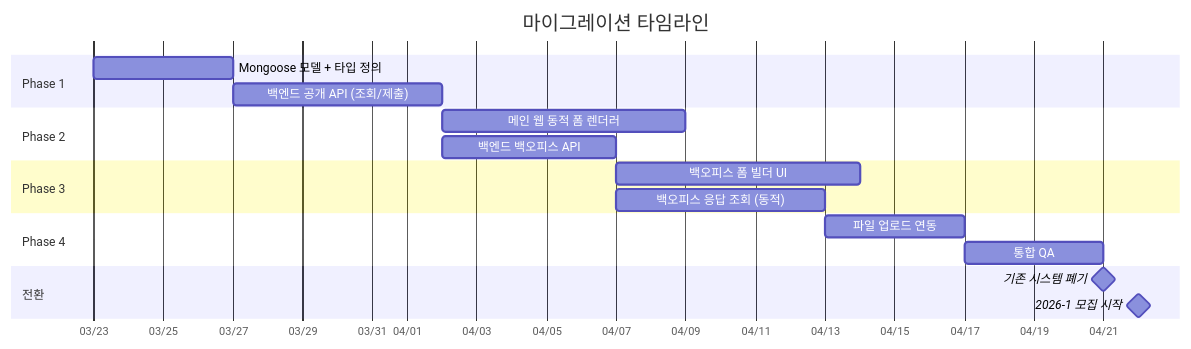
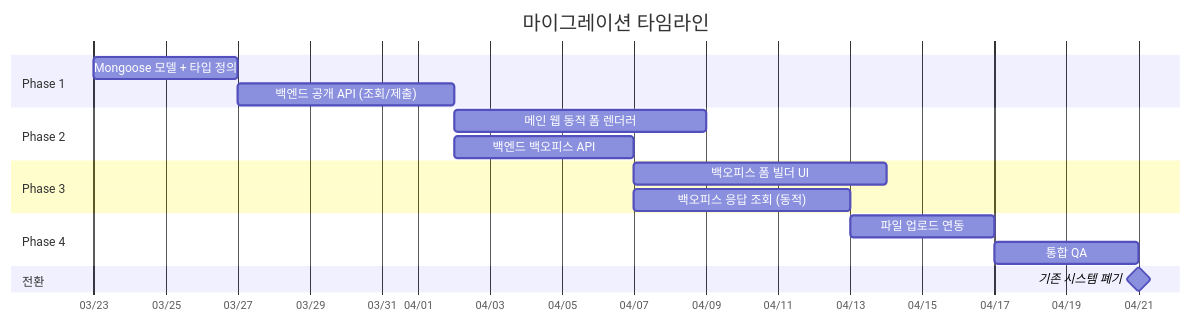
One commit to quipu-uos/blueprint changed the sixth of 11 diagrams in 2026-renewal/feature/04-recruit-form-cms.md. Above: the diagram before and after it, drawn with Mermaid.

Commit message:
docs(recruit): simplify migration gantt chart

````diff
--- a/2026-renewal/feature/04-recruit-form-cms.md
+++ b/2026-renewal/feature/04-recruit-form-cms.md
@@ -568,21 +568,20 @@
 ```mermaid
 gantt
     title 마이그레이션 타임라인
     dateFormat YYYY-MM-DD
     axisFormat %m/%d
     section Phase 1
     Mongoose 모델 + 타입 정의          :p1, 2026-03-23, 4d
     백엔드 공개 API (조회/제출)         :p2, after p1, 6d
     section Phase 2
     메인 웹 동적 폼 렌더러             :p3, after p2, 7d
     백엔드 백오피스 API                :p4, after p2, 5d
     section Phase 3
     백오피스 폼 빌더 UI                :p5, after p4, 7d
     백오피스 응답 조회 (동적)           :p6, after p4, 6d
     section Phase 4
     파일 업로드 연동                   :p7, after p6, 4d
     통합 QA                           :p8, after p7, 4d
     section 전환
     기존 시스템 폐기                  :milestone, after p8, 0d
-    2026-1 모집 시작                  :milestone, 2026-04-22, 0d
 ```
````
